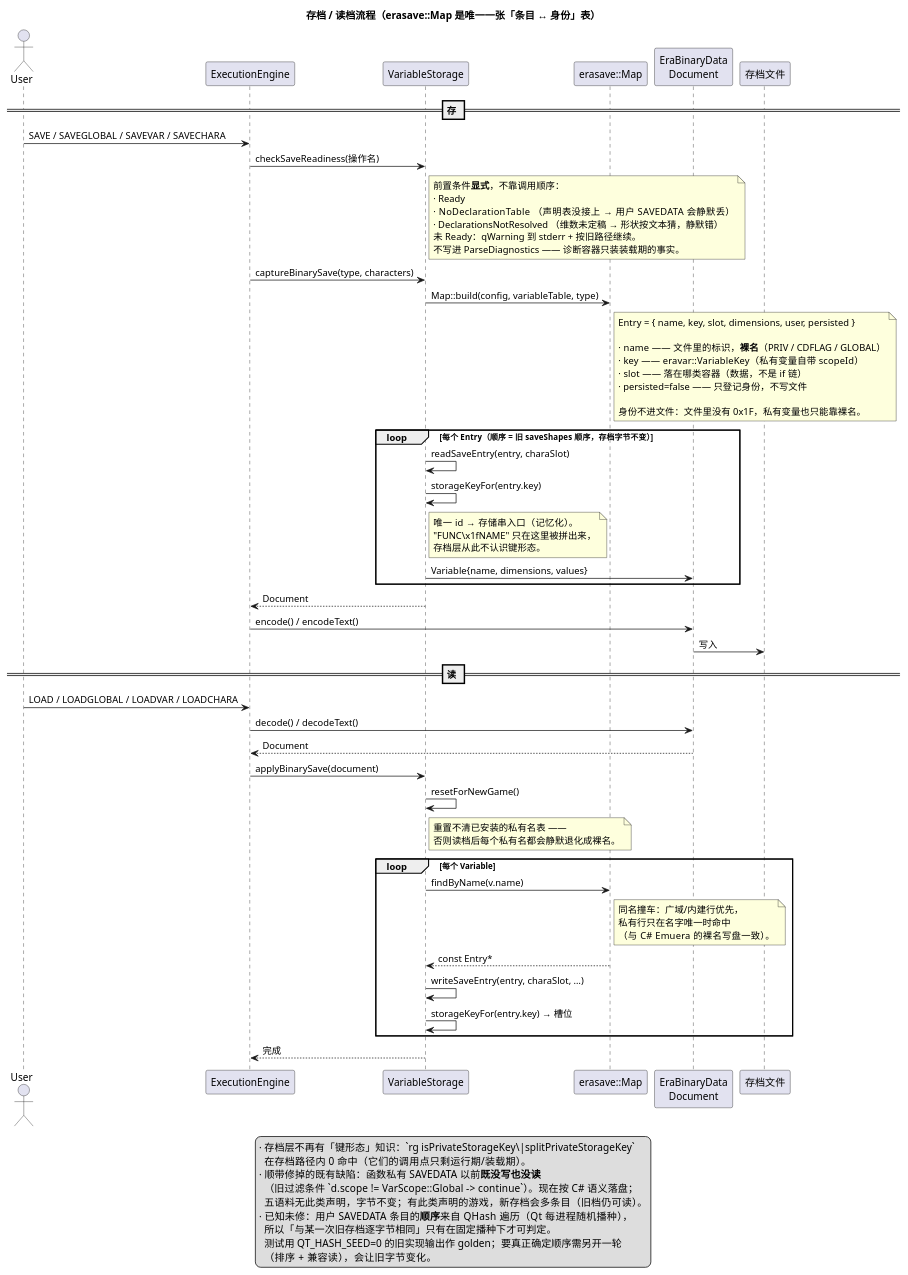
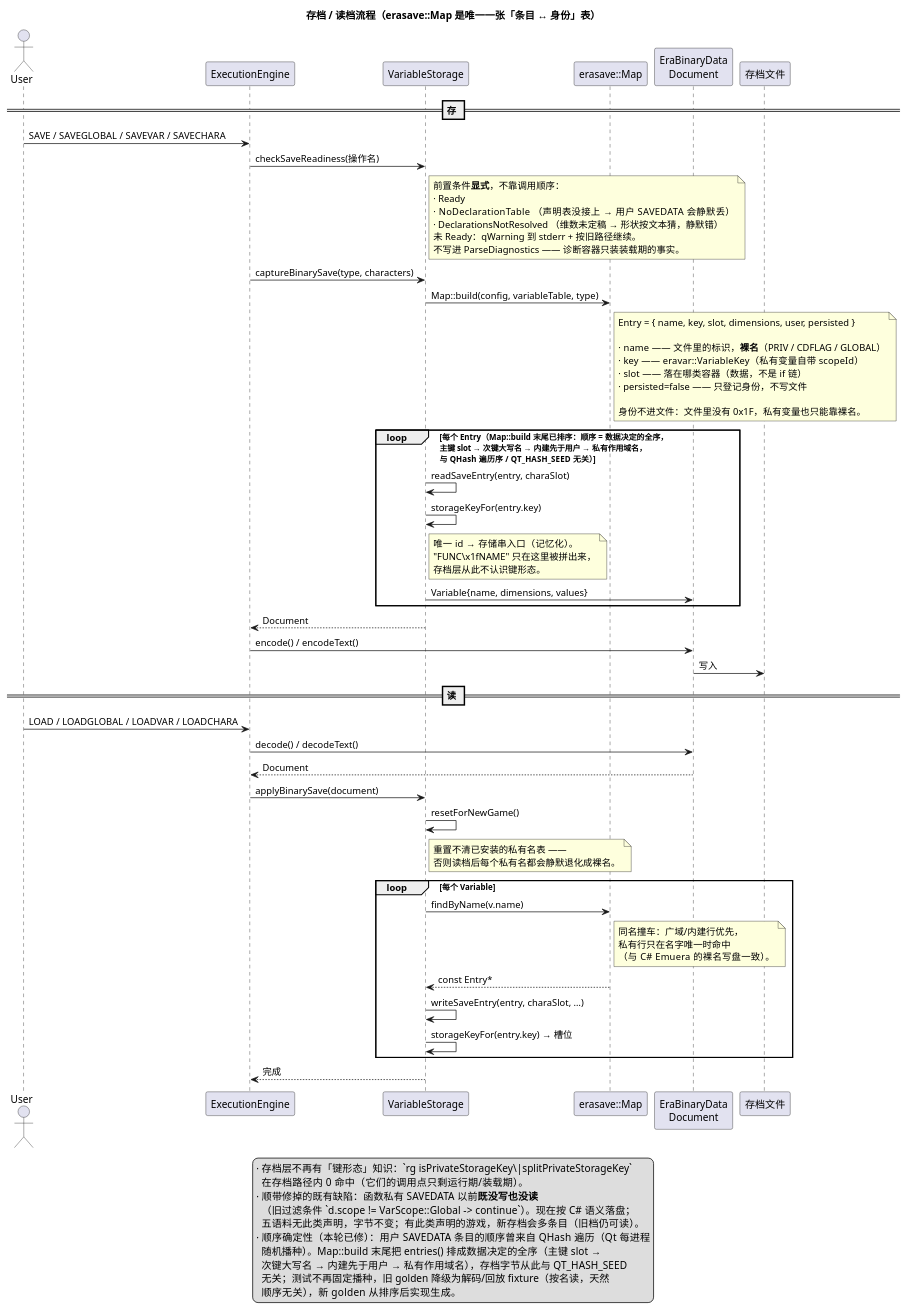
The diagram in docs/uml/08-save-load.puml (yigekuyou/qt-eraemu), drawn with PlantUML before and after one commit. The commit also changed 8 other files, not shown here.

```diff
--- a/docs/uml/08-save-load.puml
+++ b/docs/uml/08-save-load.puml
@@ -1,93 +1,94 @@
 @startuml 08-save-load
 ' 无 graphviz(dot) 环境下用 PlantUML 内置 smetana 布局引擎
 !pragma layout smetana
 ' emuera —— 存档 / 读档：独立映射层 erasave::Map（存档期不认识存储键形态）
 ' 渲染：plantuml -tpng docs/uml/08-save-load.puml
 title 存档 / 读档流程（erasave::Map 是唯一一张「条目 ↔ 身份」表）
 
 actor User
 participant "ExecutionEngine" as E
 participant "VariableStorage" as S
 participant "erasave::Map" as M
 participant "EraBinaryData\nDocument" as D
 participant "存档文件" as F
 
 == 存 ==
 
 User -> E : SAVE / SAVEGLOBAL / SAVEVAR / SAVECHARA
 E -> S : checkSaveReadiness(操作名)
 note right of S
   前置条件**显式**，不靠调用顺序：
   · Ready
   · NoDeclarationTable      （声明表没接上 → 用户 SAVEDATA 会静默丢）
   · DeclarationsNotResolved （维数未定稿 → 形状按文本猜，静默错）
   未 Ready：qWarning 到 stderr + 按旧路径继续。
   不写进 ParseDiagnostics —— 诊断容器只装装载期的事实。
 end note
 
 E -> S : captureBinarySave(type, characters)
 S -> M : Map::build(config, variableTable, type)
 note right of M
   Entry = { name, key, slot, dimensions, user, persisted }
 
   · name  —— 文件里的标识，**裸名**（PRIV / CDFLAG / GLOBAL）
   · key   —— eravar::VariableKey（私有变量自带 scopeId）
   · slot  —— 落在哪类容器（数据，不是 if 链）
   · persisted=false —— 只登记身份，不写文件
 
   身份不进文件：文件里没有 0x1F，私有变量也只能靠裸名。
 end note
 
-loop 每个 Entry（顺序 = 旧 saveShapes 顺序，存档字节不变）
+loop 每个 Entry（Map::build 末尾已排序：顺序 = 数据决定的全序，\n主键 slot → 次键大写名 → 内建先于用户 → 私有作用域名，\n与 QHash 遍历序 / QT_HASH_SEED 无关）
   S -> S : readSaveEntry(entry, charaSlot)
   S -> S : storageKeyFor(entry.key)
   note right of S
     唯一 id → 存储串入口（记忆化）。
     "FUNC\x1fNAME" 只在这里被拼出来，
     存档层从此不认识键形态。
   end note
   S -> D : Variable{name, dimensions, values}
 end
 
 S --> E : Document
 E -> D : encode() / encodeText()
 D -> F : 写入
 
 == 读 ==
 
 User -> E : LOAD / LOADGLOBAL / LOADVAR / LOADCHARA
 E -> D : decode() / decodeText()
 D --> E : Document
 E -> S : applyBinarySave(document)
 S -> S : resetForNewGame()
 note right of S
   重置不清已安装的私有名表 ——
   否则读档后每个私有名都会静默退化成裸名。
 end note
 
 loop 每个 Variable
   S -> M : findByName(v.name)
   note right of M
     同名撞车：广域/内建行优先，
     私有行只在名字唯一时命中
     （与 C# Emuera 的裸名写盘一致）。
   end note
   M --> S : const Entry*
   S -> S : writeSaveEntry(entry, charaSlot, …)
   S -> S : storageKeyFor(entry.key) → 槽位
 end
 
 S --> E : 完成
 
 legend bottom
   · 存档层不再有「键形态」知识：`rg isPrivateStorageKey\|splitPrivateStorageKey`
     在存档路径内 0 命中（它们的调用点只剩运行期/装载期）。
   · 顺带修掉的既有缺陷：函数私有 SAVEDATA 以前**既没写也没读**
     （旧过滤条件 `d.scope != VarScope::Global -> continue`）。现在按 C# 语义落盘；
     五语料无此类声明，字节不变；有此类声明的游戏，新存档会多条目（旧档仍可读）。
-  · 已知未修：用户 SAVEDATA 条目的**顺序**来自 QHash 遍历（Qt 每进程随机播种），
-    所以「与某一次旧存档逐字节相同」只有在固定播种下才可判定。
-    测试用 QT_HASH_SEED=0 的旧实现输出作 golden；要真正确定顺序需另开一轮
-    （排序 + 兼容读），会让旧字节变化。
+  · 顺序确定性（本轮已修）：用户 SAVEDATA 条目的顺序曾来自 QHash 遍历（Qt 每进程
+    随机播种）。Map::build 末尾把 entries() 排成数据决定的全序（主键 slot →
+    次键大写名 → 内建先于用户 → 私有作用域名），存档字节从此与 QT_HASH_SEED
+    无关；测试不再固定播种，旧 golden 降级为解码/回放 fixture（按名读，天然
+    顺序无关），新 golden 从排序后实现生成。
 endlegend
 @enduml
```
